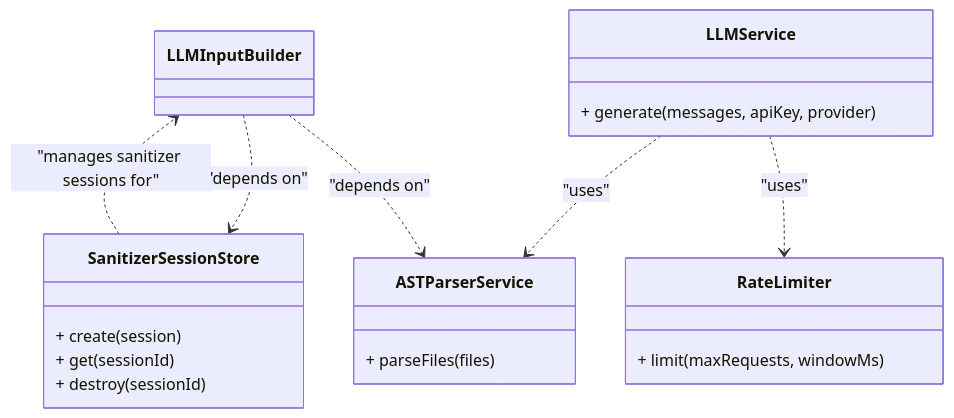
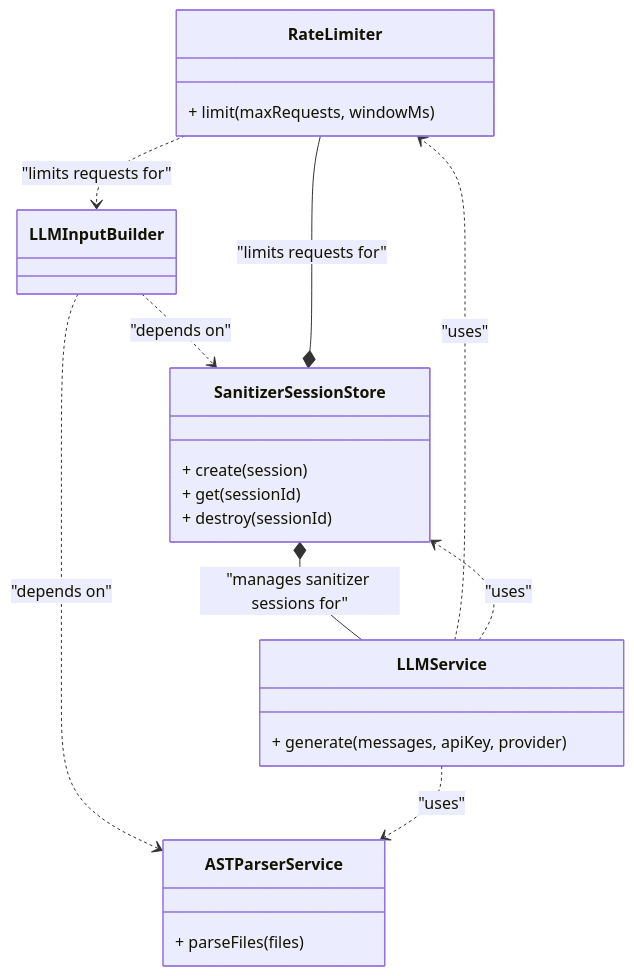
The diagram in README.md (eljaouadimazen/Auto-Doc), drawn with Mermaid before and after one commit. The commit also changed other lines of this file and 3 other files, not shown here.

````diff
--- a/README.md
+++ b/README.md
@@ -22,24 +20,27 @@
 ```mermaid
 classDiagram
     class RateLimiter {
         + limit(maxRequests, windowMs)
     }
     class ASTParserService {
         + parseFiles(files)
     }
     class LLMInputBuilder {
     }
     class LLMService {
         + generate(messages, apiKey, provider)
     }
     class SanitizerSessionStore {
         + create(session)
         + get(sessionId)
         + destroy(sessionId)
     }
     LLMInputBuilder ..> ASTParserService : "depends on"
     LLMInputBuilder ..> SanitizerSessionStore : "depends on"
     LLMService ..> RateLimiter : "uses"
+    LLMService ..> SanitizerSessionStore : "uses"
+    RateLimiter --* SanitizerSessionStore : "limits requests for" 
+    SanitizerSessionStore *-- LLMService : "manages sanitizer sessions for" 
     LLMService ..> ASTParserService : "uses" 
-    SanitizerSessionStore ..> LLMInputBuilder : "manages sanitizer sessions for"
+    RateLimiter ..> LLMInputBuilder : "limits requests for"
 ```
````
